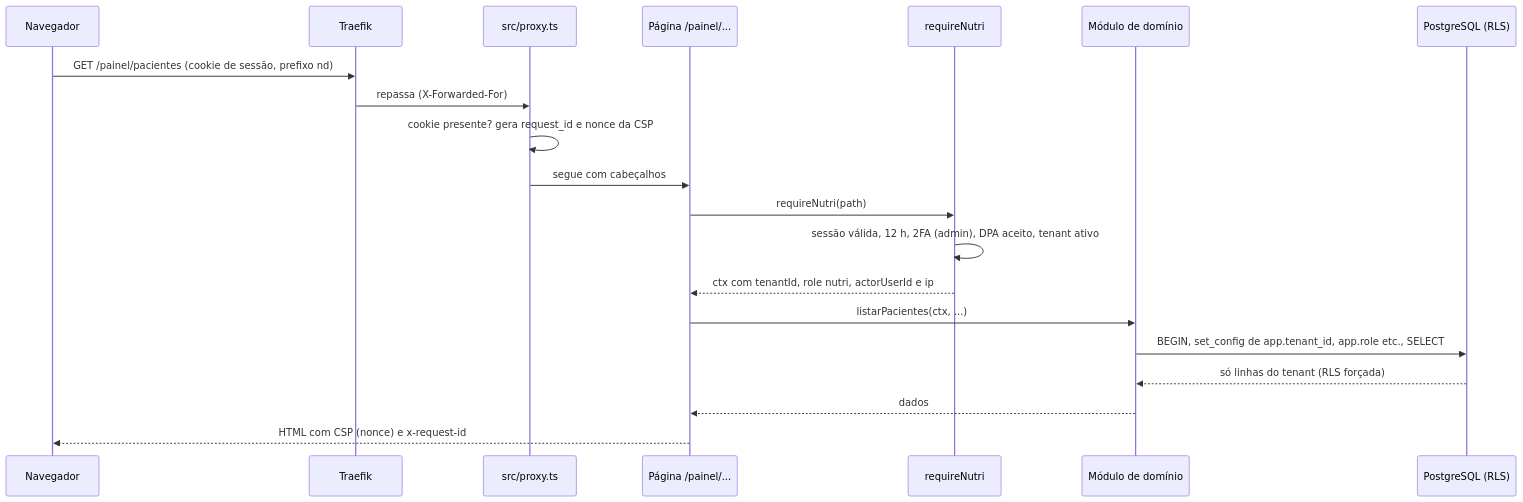
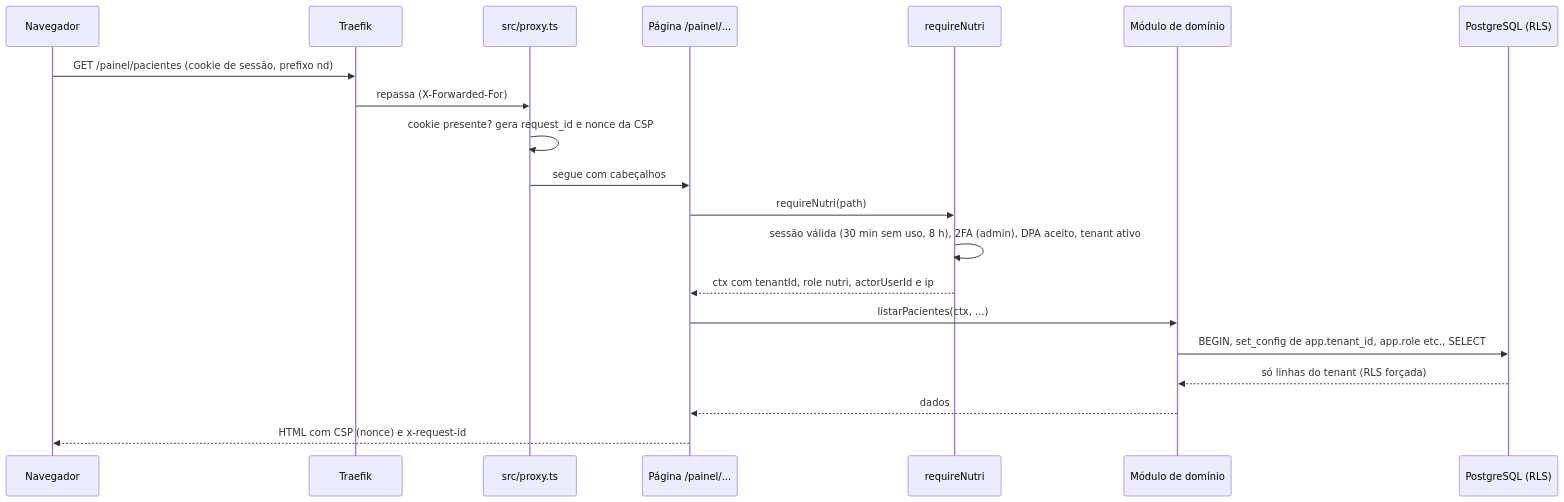
The second of 4 diagrams in docs/manual-tecnico/01-visao-geral-e-arquitetura.md (fabianojp06/nutridebby), drawn with Mermaid before and after one commit. The commit also changed other lines of this file and 31 other files, not shown here.

````diff
--- a/docs/manual-tecnico/01-visao-geral-e-arquitetura.md
+++ b/docs/manual-tecnico/01-visao-geral-e-arquitetura.md
@@ -298,22 +298,22 @@
 ```mermaid
 sequenceDiagram
   participant B as Navegador
   participant T as Traefik
   participant X as src/proxy.ts
   participant P as Página /painel/...
   participant S as requireNutri
   participant M as Módulo de domínio
   participant D as PostgreSQL (RLS)
   B->>T: GET /painel/pacientes (cookie de sessão, prefixo nd)
   T->>X: repassa (X-Forwarded-For)
   X->>X: cookie presente? gera request_id e nonce da CSP
   X->>P: segue com cabeçalhos
   P->>S: requireNutri(path)
-  S->>S: sessão válida, 12 h, 2FA (admin), DPA aceito, tenant ativo
+  S->>S: sessão válida (30 min sem uso, 8 h), 2FA (admin), DPA aceito, tenant ativo
   S-->>P: ctx com tenantId, role nutri, actorUserId e ip
   P->>M: listarPacientes(ctx, ...)
   M->>D: BEGIN, set_config de app.tenant_id, app.role etc., SELECT
   D-->>M: só linhas do tenant (RLS forçada)
   M-->>P: dados
   P-->>B: HTML com CSP (nonce) e x-request-id
 ```
````
